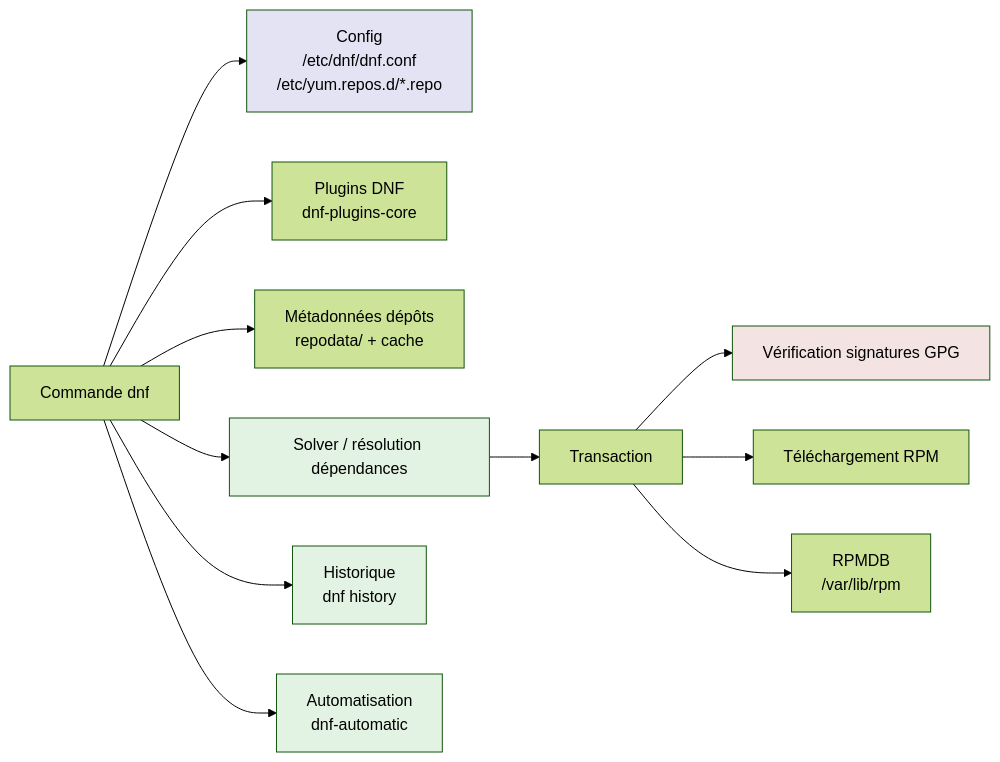
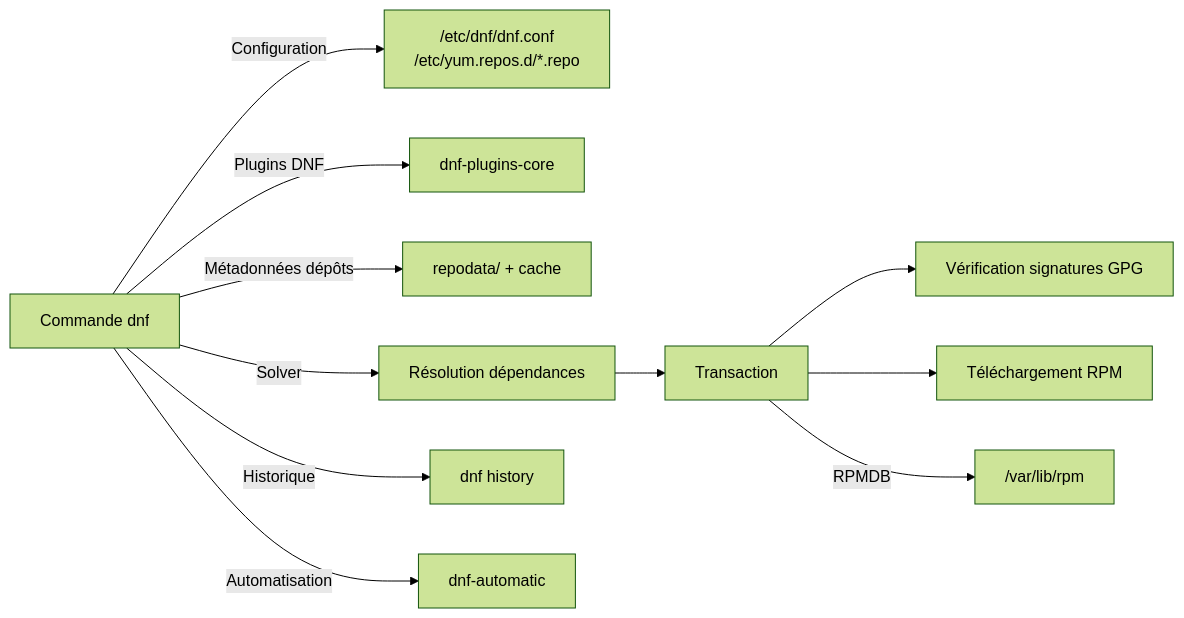
The first of 2 diagrams in docs/bases/paquets/dnf-rhel.md (zyrass/omnydocs), drawn with Mermaid (forest theme) before and after one commit. The commit also changed other lines of this file and 671 other files, not shown here.

````diff
--- a/docs/bases/paquets/dnf-rhel.md
+++ b/docs/bases/paquets/dnf-rhel.md
@@ -50,19 +46,18 @@
 ```mermaid
-graph LR
-    U[Commande dnf] --> C["Config<br/>/etc/dnf/dnf.conf<br/>/etc/yum.repos.d/*.repo"]
-    U --> P["Plugins DNF<br/>dnf-plugins-core"]
-    U --> M["Métadonnées dépôts<br/>repodata/ + cache"]
-    U --> S["Solver / résolution dépendances"]
+flowchart LR
+    U["Commande dnf"]
+
+    U -->|Configuration| C["/etc/dnf/dnf.conf\n/etc/yum.repos.d/*.repo"]
+    U -->|Plugins DNF| P["dnf-plugins-core"]
+    U -->|Métadonnées dépôts| M["repodata/ + cache"]
+    U -->|Solver| S["Résolution dépendances"]
+
     S --> T["Transaction"]
+
     T --> G["Vérification signatures GPG"]
     T --> D["Téléchargement RPM"]
-    T --> R["RPMDB<br/>/var/lib/rpm"]
-    U --> H["Historique<br/>dnf history"]
-    U --> A["Automatisation<br/>dnf-automatic"]
+    T -->|RPMDB| R["/var/lib/rpm"]
 
-    style C fill:#e3e3f3
-    style S fill:#e3f3e3
-    style G fill:#f3e3e3
-    style H fill:#e3f3e3
-    style A fill:#e3f3e3
+    U -->|Historique| H["dnf history"]
+    U -->|Automatisation| A["dnf-automatic"]
 ```
````
